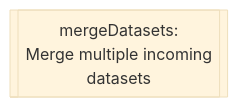
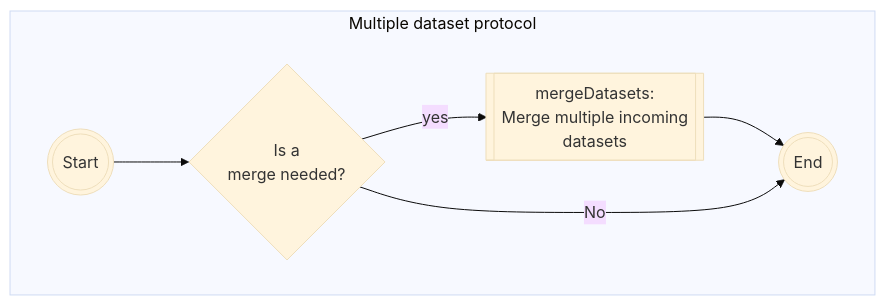
Before and after one commit to Tuks-ICMM/Pharmacogenetic-Analysis-Pipeline: the ninth of 26 diagrams in docs/02-workflow/02-analysis.md, drawn with Mermaid (base theme). The commit also changed other lines of this file, not shown here.

Commit message:
Updated complex routines (Merge and Liftover)

````diff
--- a/docs/02-workflow/02-analysis.md
+++ b/docs/02-workflow/02-analysis.md
@@ -364,4 +393,14 @@
   ```mermaid
   flowchart TD
-  mergeDatasets[[mergeDatasets:\nMerge multiple incoming\ndatasets]]
+  subgraph multipleVcfProtocol [Multiple dataset protocol]
+    direction LR
+    multipleVcfProtocolStart(((Start)))
+    ifMergeRequired{Is a \nmerge needed?}
+    mergeDatasets[[mergeDatasets:\nMerge multiple incoming\ndatasets]]
+    multipleVcfProtocolEnd(((End)))
+
+    multipleVcfProtocolStart --> ifMergeRequired
+    ifMergeRequired --> |yes| mergeDatasets --> multipleVcfProtocolEnd
+    ifMergeRequired --> |No| multipleVcfProtocolEnd
+  end
   ```
````
